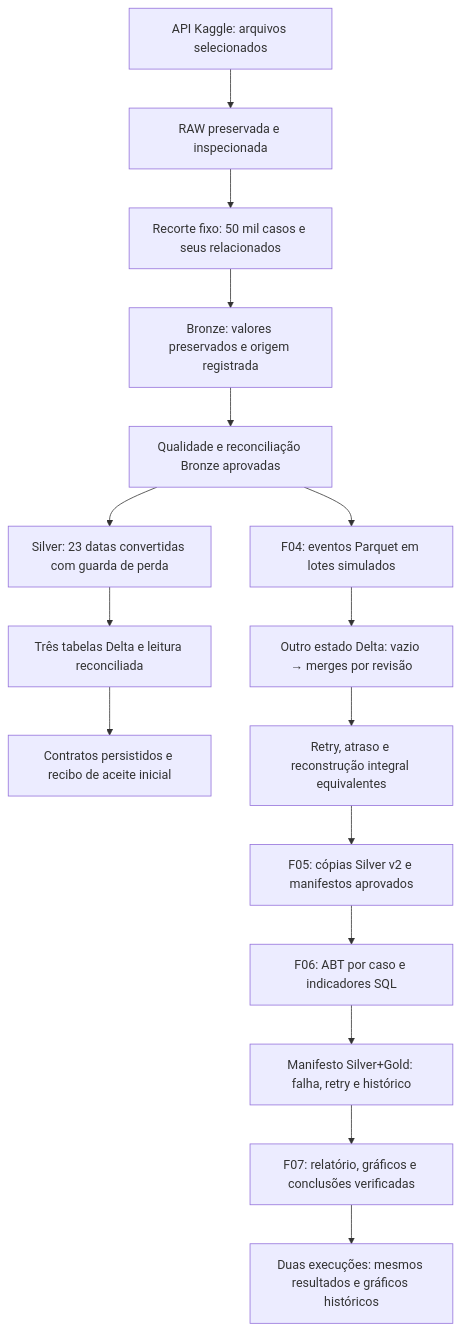
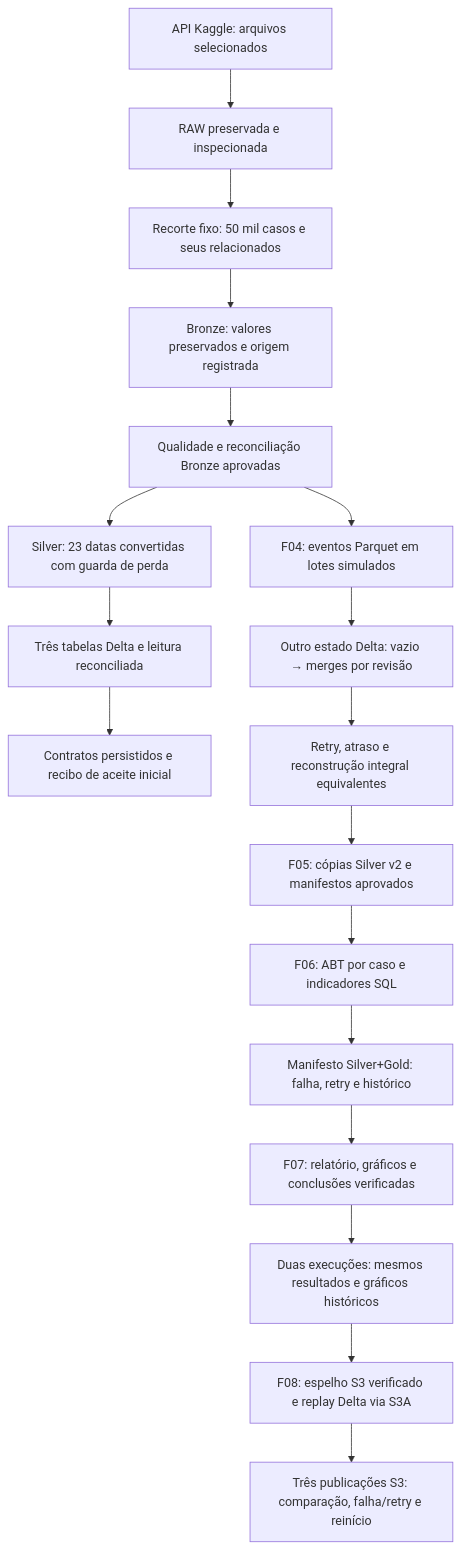
The diagram in docs/GUIA_ESTUDO_LAKEHOUSE.md (Fred-Santos/credit-risk), drawn with Mermaid before and after one commit. The commit also changed other lines of this file and 70 other files, not shown here.

````diff
--- a/docs/GUIA_ESTUDO_LAKEHOUSE.md
+++ b/docs/GUIA_ESTUDO_LAKEHOUSE.md
@@ -80,18 +80,20 @@
 ```mermaid
 flowchart TD
     A["API Kaggle: arquivos selecionados"] --> B["RAW preservada e inspecionada"]
     B --> C["Recorte fixo: 50 mil casos e seus relacionados"]
     C --> D["Bronze: valores preservados e origem registrada"]
     D --> E["Qualidade e reconciliação Bronze aprovadas"]
     E --> F["Silver: 23 datas convertidas com guarda de perda"]
     F --> G["Três tabelas Delta e leitura reconciliada"]
     G --> H["Contratos persistidos e recibo de aceite inicial"]
     E --> I["F04: eventos Parquet em lotes simulados"]
     I --> J["Outro estado Delta: vazio → merges por revisão"]
     J --> K["Retry, atraso e reconstrução integral equivalentes"]
     K --> L["F05: cópias Silver v2 e manifestos aprovados"]
     L --> M["F06: ABT por caso e indicadores SQL"]
     M --> N["Manifesto Silver+Gold: falha, retry e histórico"]
     N --> O["F07: relatório, gráficos e conclusões verificadas"]
     O --> P["Duas execuções: mesmos resultados e gráficos históricos"]
+    P --> Q["F08: espelho S3 verificado e replay Delta via S3A"]
+    Q --> R["Três publicações S3: comparação, falha/retry e reinício"]
 ```
````
